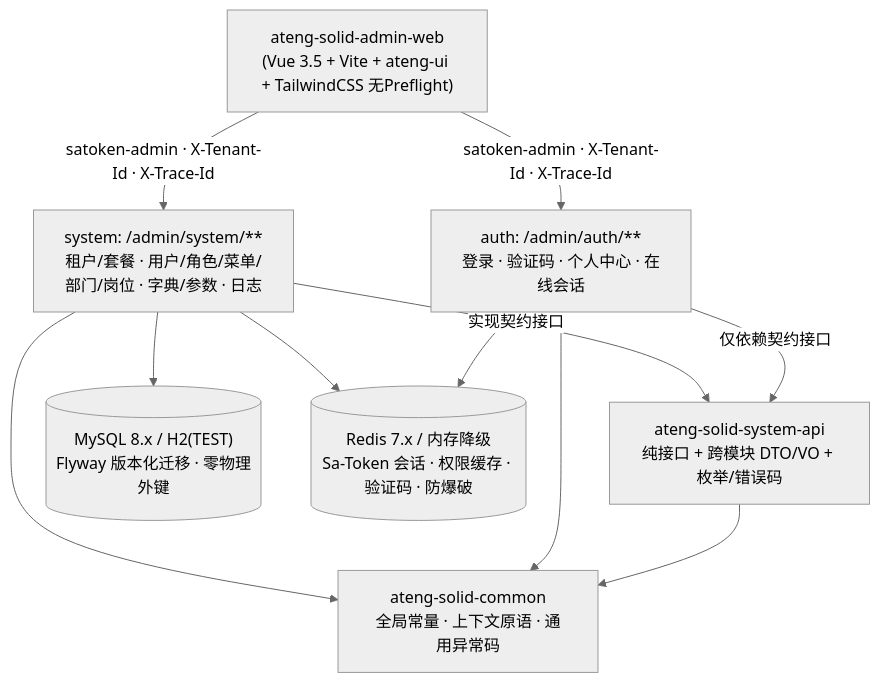
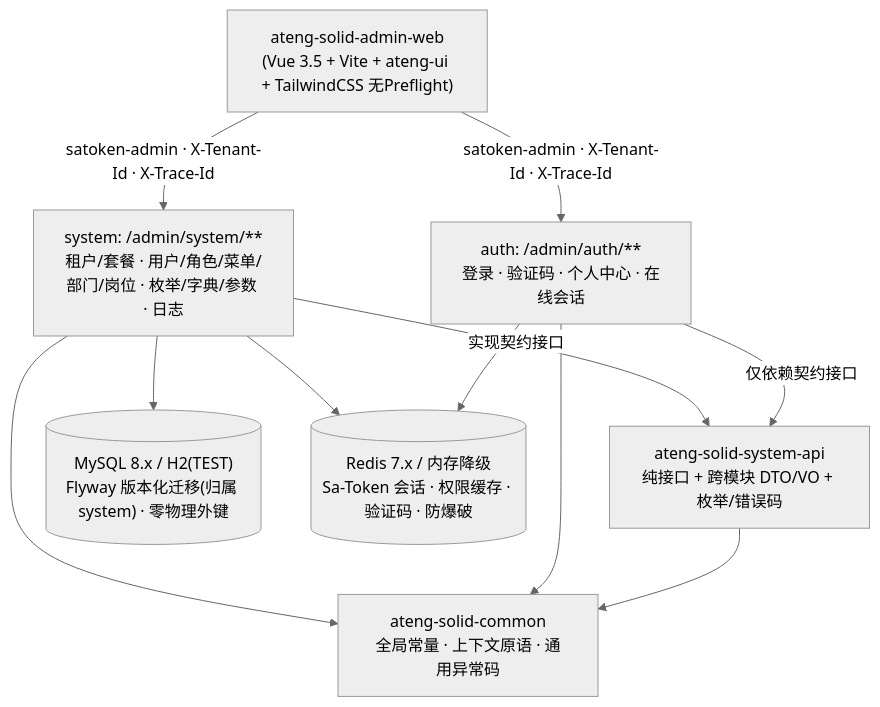
Before and after one commit to atengk/ateng-solid: the diagram in docs/specs/mvp-architecture-and-domain-blueprint.md, drawn with Mermaid (neutral theme). The commit also changed other lines of this file and 16 other files, not shown here.

````diff
--- a/docs/specs/mvp-architecture-and-domain-blueprint.md
+++ b/docs/specs/mvp-architecture-and-domain-blueprint.md
@@ -32,21 +41,21 @@
 ```mermaid
 flowchart TD
     Web["ateng-solid-admin-web<br/>(Vue 3.5 + Vite + ateng-ui + TailwindCSS 无Preflight)"]
     AuthCtrl["auth: /admin/auth/**<br/>登录 · 验证码 · 个人中心 · 在线会话"]
-    SysCtrl["system: /admin/system/**<br/>租户/套餐 · 用户/角色/菜单/部门/岗位 · 字典/参数 · 日志"]
+    SysCtrl["system: /admin/system/**<br/>租户/套餐 · 用户/角色/菜单/部门/岗位 · 枚举/字典/参数 · 日志"]
     SysApi["ateng-solid-system-api<br/>纯接口 + 跨模块 DTO/VO + 枚举/错误码"]
     Common["ateng-solid-common<br/>全局常量 · 上下文原语 · 通用异常码"]
-    DB[("MySQL 8.x / H2(TEST)<br/>Flyway 版本化迁移 · 零物理外键")]
+    DB[("MySQL 8.x / H2(TEST)<br/>Flyway 版本化迁移(归属 system) · 零物理外键")]
     Redis[("Redis 7.x / 内存降级<br/>Sa-Token 会话 · 权限缓存 · 验证码 · 防爆破")]
 
     Web -->|"satoken-admin · X-Tenant-Id · X-Trace-Id"| AuthCtrl
     Web -->|"satoken-admin · X-Tenant-Id · X-Trace-Id"| SysCtrl
     AuthCtrl -->|仅依赖契约接口| SysApi
     SysCtrl -->|实现契约接口| SysApi
     SysApi --> Common
     AuthCtrl --> Common
     SysCtrl --> Common
     AuthCtrl --> Redis
     SysCtrl --> DB
     SysCtrl --> Redis
 ```
````
